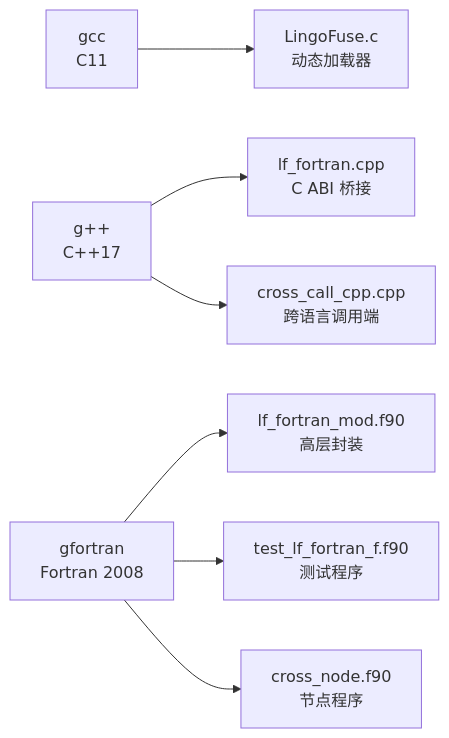
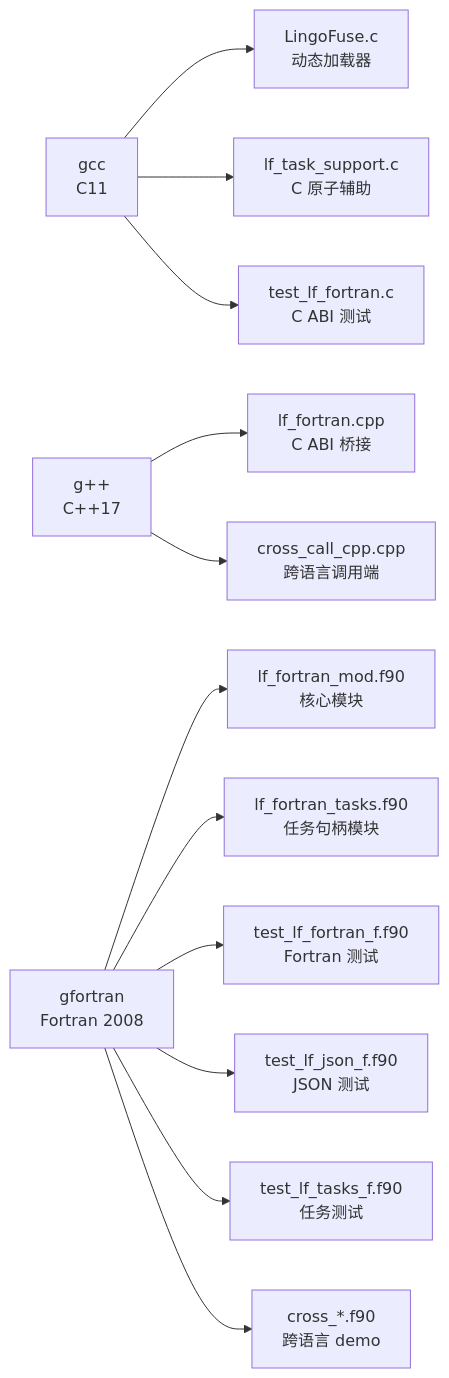
The third of 19 diagrams in fortran/README.md (PassByYou888/LingoFuse), drawn with Mermaid before and after one commit. The commit also changed other lines of this file and 16 other files, not shown here.

````diff
--- a/fortran/README.md
+++ b/fortran/README.md
@@ -163,9 +190,14 @@
 ```mermaid
 flowchart LR
     C1["gcc<br/>C11"] --> S1["LingoFuse.c<br/>动态加载器"]
-    C2["g++<br/>C++17"] --> S2["lf_fortran.cpp<br/>C ABI 桥接"]
-    C2 --> S3["cross_call_cpp.cpp<br/>跨语言调用端"]
-    C3["gfortran<br/>Fortran 2008"] --> S4["lf_fortran_mod.f90<br/>高层封装"]
-    C3 --> S5["test_lf_fortran_f.f90<br/>测试程序"]
-    C3 --> S6["cross_node.f90<br/>节点程序"]
+    C1 --> S2["lf_task_support.c<br/>C 原子辅助"]
+    C1 --> S3["test_lf_fortran.c<br/>C ABI 测试"]
+    C2["g++<br/>C++17"] --> S4["lf_fortran.cpp<br/>C ABI 桥接"]
+    C2 --> S5["cross_call_cpp.cpp<br/>跨语言调用端"]
+    C3["gfortran<br/>Fortran 2008"] --> S6["lf_fortran_mod.f90<br/>核心模块"]
+    C3 --> S7["lf_fortran_tasks.f90<br/>任务句柄模块"]
+    C3 --> S8["test_lf_fortran_f.f90<br/>Fortran 测试"]
+    C3 --> S9["test_lf_json_f.f90<br/>JSON 测试"]
+    C3 --> S10["test_lf_tasks_f.f90<br/>任务测试"]
+    C3 --> S11["cross_*.f90<br/>跨语言 demo"]
 ```
````
